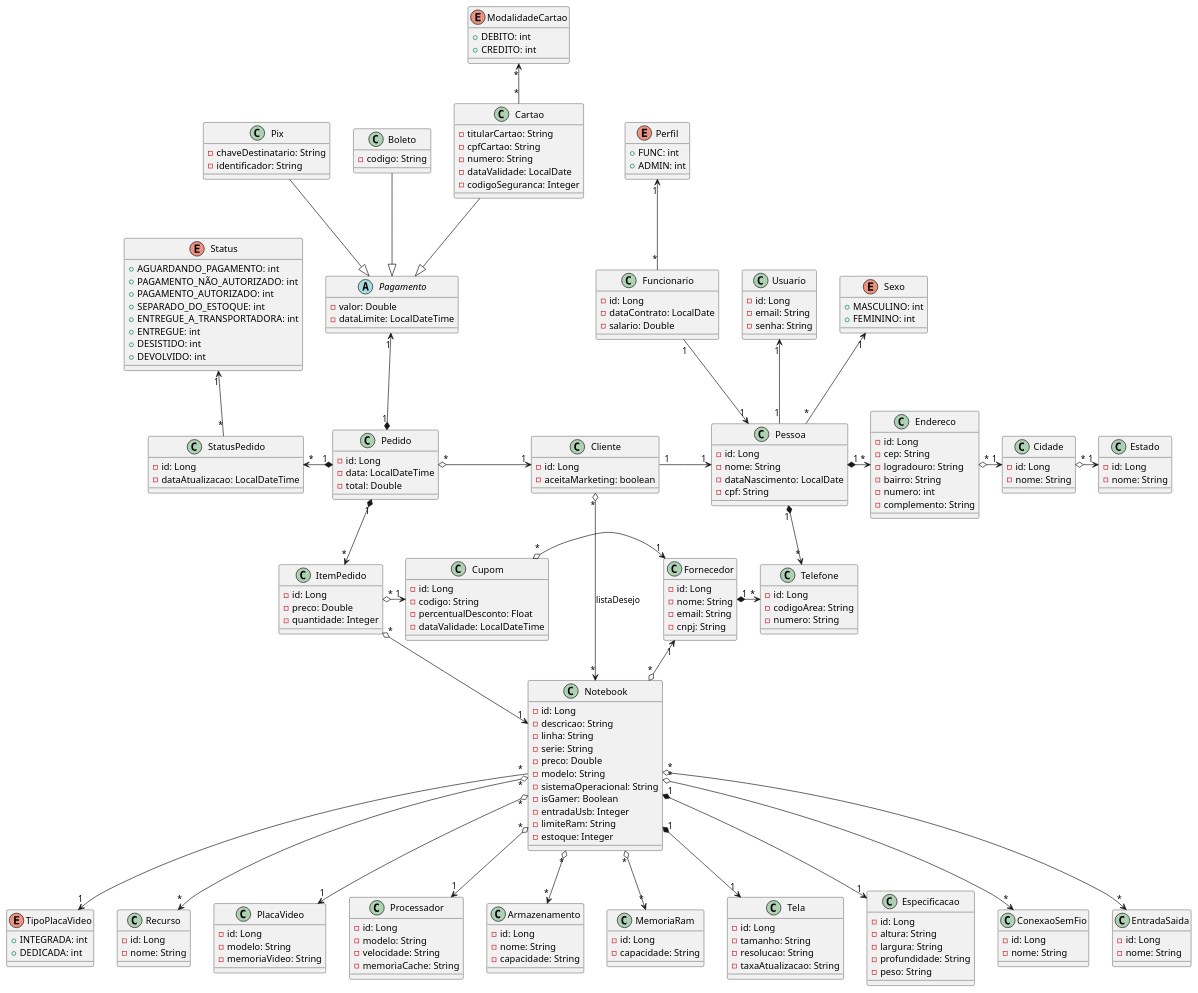
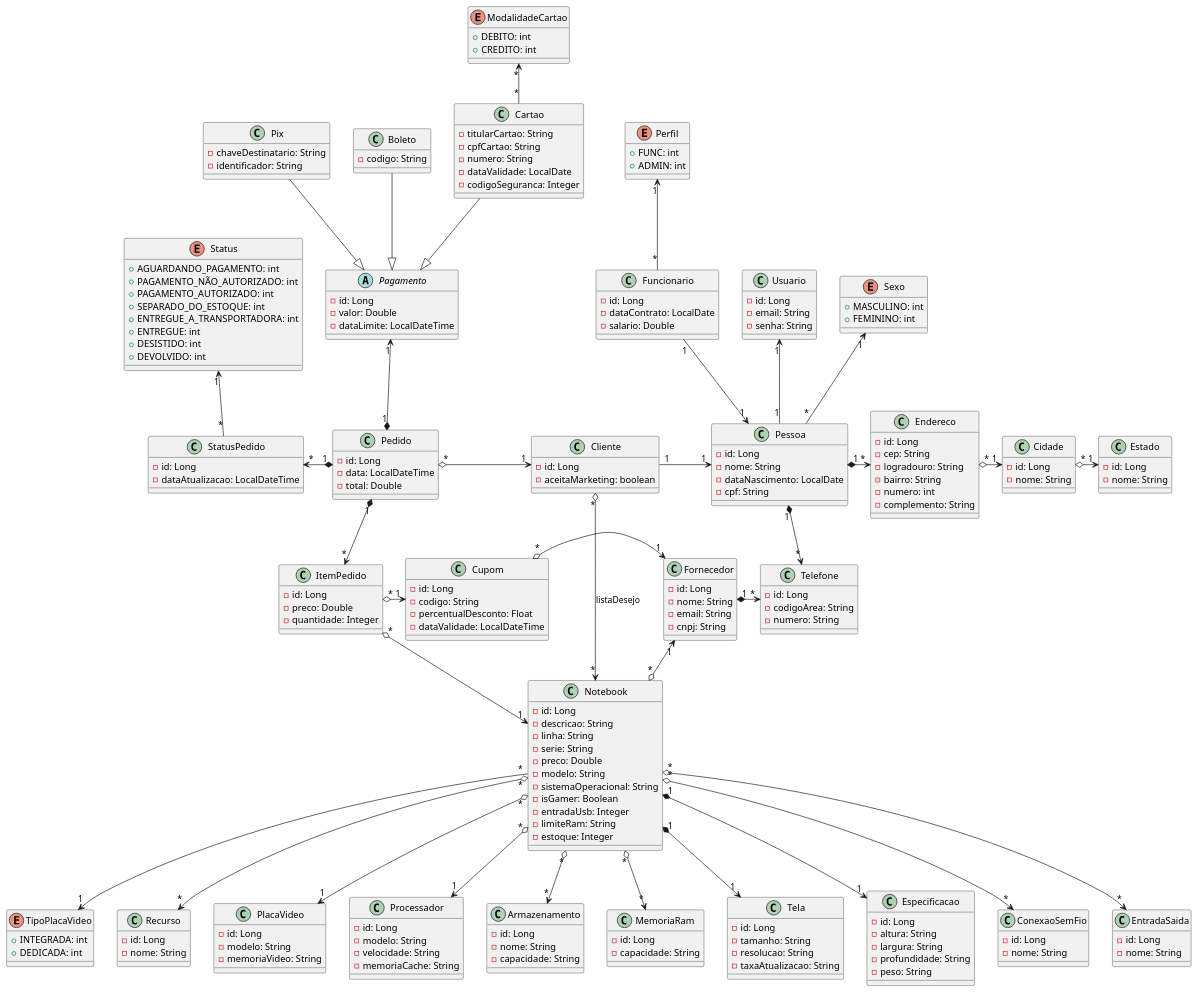
The diagram in src/main/resources/docs/uml_v2.plantuml (MatheusPontieri/E-commerce_Notebooks), drawn with PlantUML before and after one commit. The commit also changed other lines of this file and 7 other files, not shown here.

```diff
--- a/src/main/resources/docs/uml_v2.plantuml
+++ b/src/main/resources/docs/uml_v2.plantuml
@@ -36,6 +36,7 @@
 }
 
 abstract Pagamento {
+    - id: Long
     - valor: Double
     - dataLimite: LocalDateTime
 }
```
